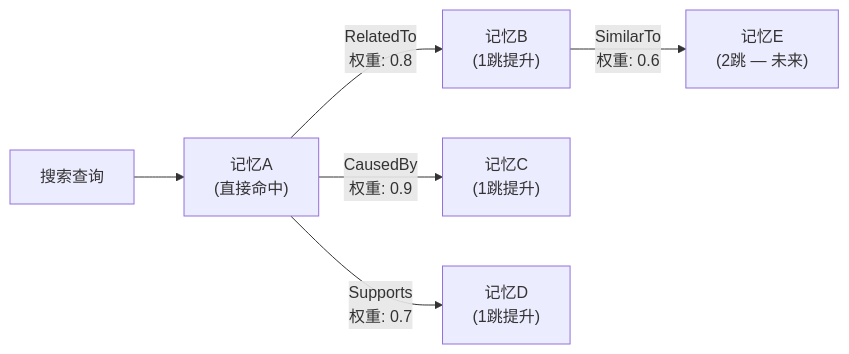
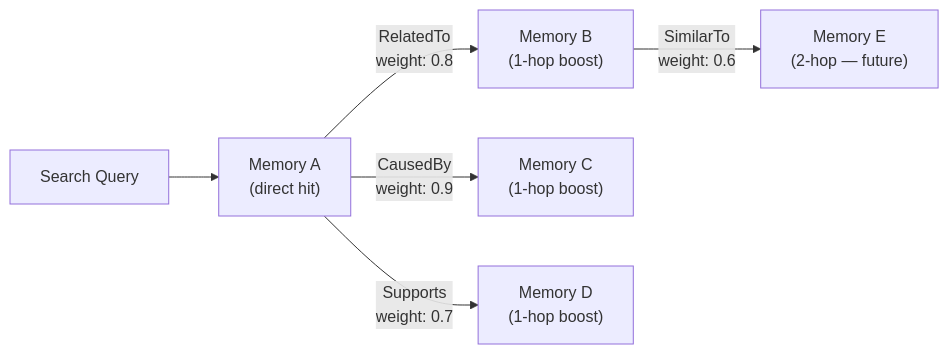
One commit to WeiLinCool/openpawz changed the third of 21 diagrams in docs/research/engram.md. Above: the diagram before and after it, drawn with Mermaid. The commit also changed other lines of this file and 7 other files, not shown here.

````diff
--- a/docs/research/engram.md
+++ b/docs/research/engram.md
@@ -320,10 +320,10 @@
 ```mermaid
 graph LR
-    Q["搜索查询"] --> M1["记忆A\n(直接命中)"]
+    Q["Search Query"] --> M1["Memory A\n(direct hit)"]
 
-    M1 -- "RelatedTo\n权重: 0.8" --> M2["记忆B\n(1跳提升)"]
-    M1 -- "CausedBy\n权重: 0.9" --> M3["记忆C\n(1跳提升)"]
-    M1 -- "Supports\n权重: 0.7" --> M4["记忆D\n(1跳提升)"]
-    M2 -- "SimilarTo\n权重: 0.6" --> M5["记忆E\n(2跳 — 未来)"]
+    M1 -- "RelatedTo\nweight: 0.8" --> M2["Memory B\n(1-hop boost)"]
+    M1 -- "CausedBy\nweight: 0.9" --> M3["Memory C\n(1-hop boost)"]
+    M1 -- "Supports\nweight: 0.7" --> M4["Memory D\n(1-hop boost)"]
+    M2 -- "SimilarTo\nweight: 0.6" --> M5["Memory E\n(2-hop — future)"]
 
 ```
````
